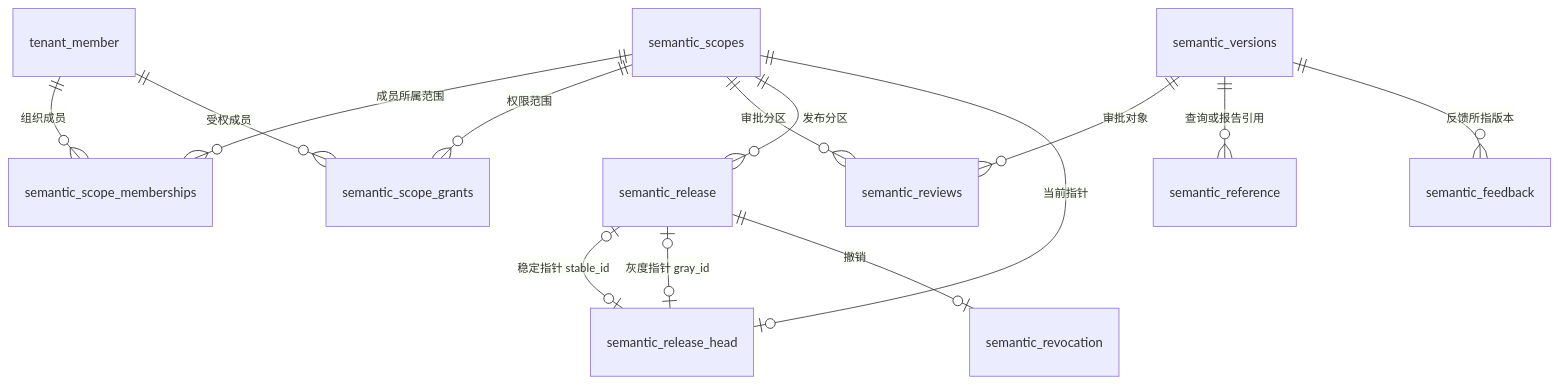
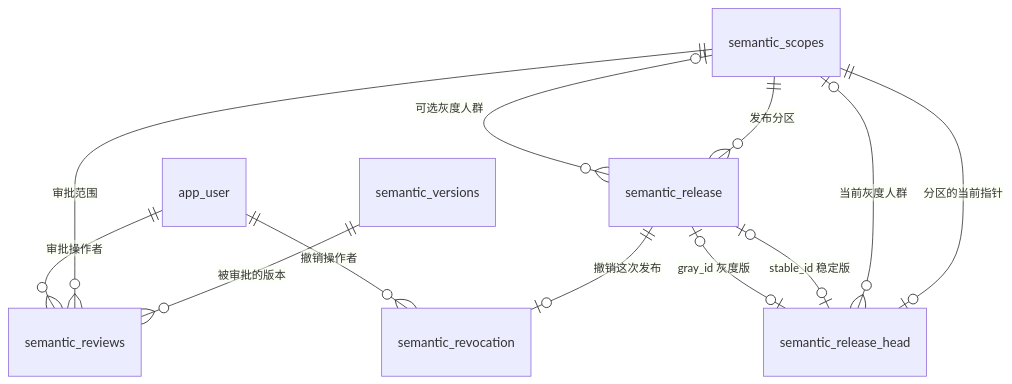
One commit to RuiLu007/compass changed the fifth of 13 diagrams in mai-specs/974-lesson-22-enterprise-semantic-governance/design/document/retail-assets.md. Above: the diagram before and after it, drawn with Mermaid. The commit also changed other lines of this file and 387 other files, not shown here.

````diff
--- a/mai-specs/974-lesson-22-enterprise-semantic-governance/design/document/retail-assets.md
+++ b/mai-specs/974-lesson-22-enterprise-semantic-governance/design/document/retail-assets.md
@@ -119,16 +131,14 @@
-```mermaid Web 审批、发布及使用记录
+```mermaid 审批记录、历次发布与当前发布指针
 erDiagram
-    tenant_member ||--o{ semantic_scope_memberships : "组织成员"
-    semantic_scopes ||--o{ semantic_scope_memberships : "成员所属范围"
-    tenant_member ||--o{ semantic_scope_grants : "受权成员"
-    semantic_scopes ||--o{ semantic_scope_grants : "权限范围"
-    semantic_versions ||--o{ semantic_reviews : "审批对象"
-    semantic_scopes ||--o{ semantic_reviews : "审批分区"
+    semantic_versions ||--o{ semantic_reviews : "被审批的版本"
+    semantic_scopes ||--o{ semantic_reviews : "审批范围"
+    app_user ||--o{ semantic_reviews : "审批操作者"
     semantic_scopes ||--o{ semantic_release : "发布分区"
-    semantic_scopes ||--o| semantic_release_head : "当前指针"
-    semantic_release o|--o| semantic_release_head : "稳定指针 stable_id"
-    semantic_release o|--o| semantic_release_head : "灰度指针 gray_id"
-    semantic_release ||--o| semantic_revocation : "撤销"
-    semantic_versions ||--o{ semantic_reference : "查询或报告引用"
-    semantic_versions ||--o{ semantic_feedback : "反馈所指版本"
+    semantic_scopes o|--o{ semantic_release : "可选灰度人群"
+    semantic_scopes ||--o| semantic_release_head : "分区的当前指针"
+    semantic_scopes o|--o{ semantic_release_head : "当前灰度人群"
+    semantic_release o|--o| semantic_release_head : "stable_id 稳定版"
+    semantic_release o|--o| semantic_release_head : "gray_id 灰度版"
+    semantic_release ||--o| semantic_revocation : "撤销这次发布"
+    app_user ||--o{ semantic_revocation : "撤销操作者"
 ```
````
